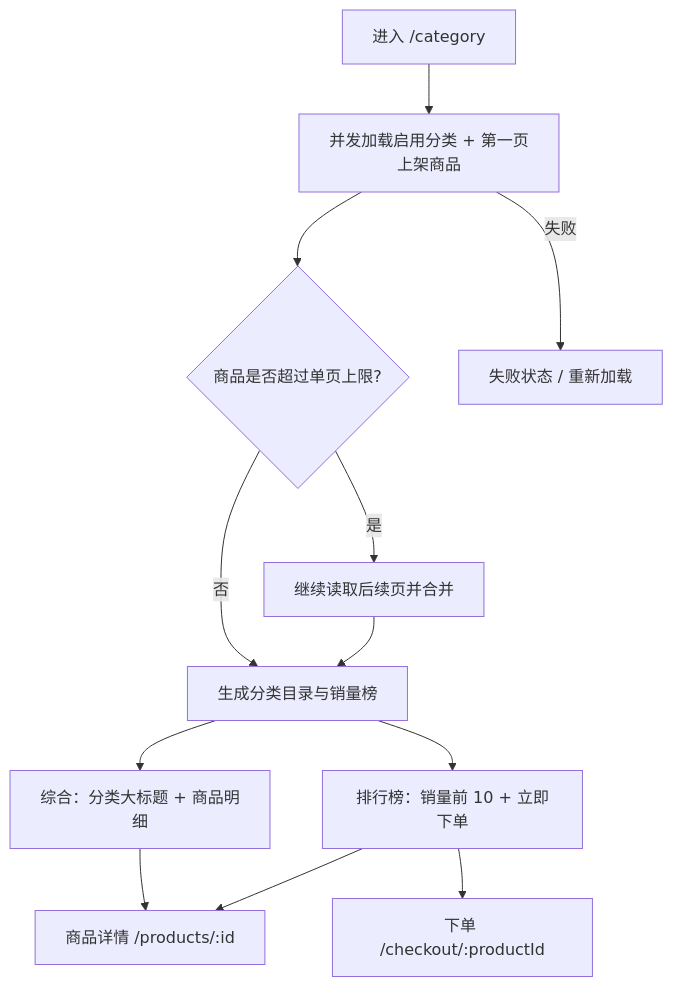
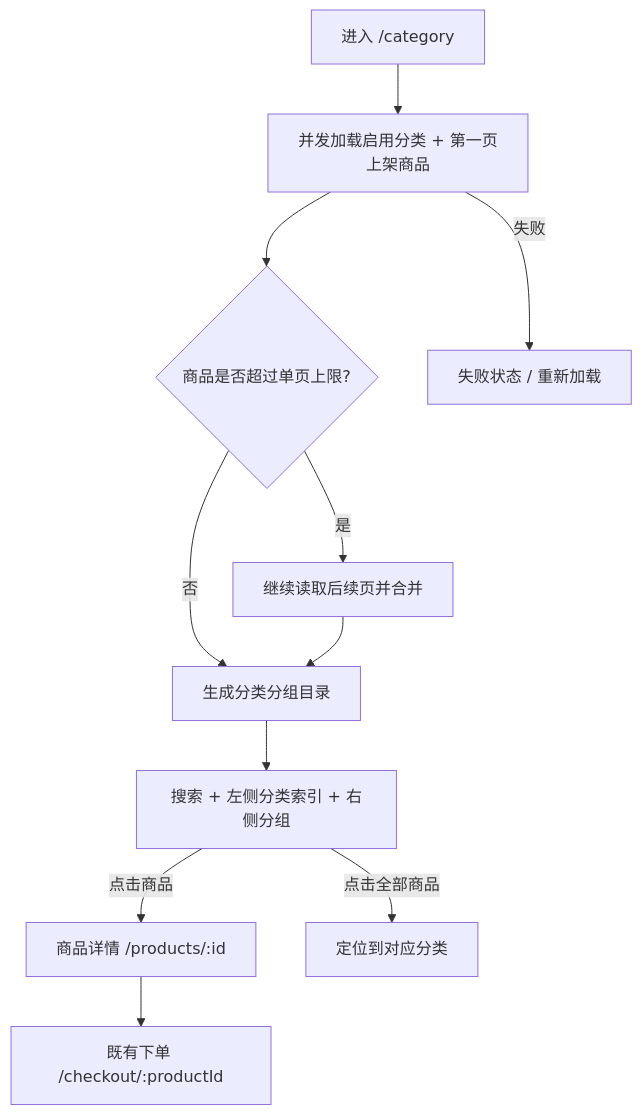
Before and after one commit to yiting001/E-sports-01: the third of 5 diagrams in docs/client.md, drawn with Mermaid. The commit also changed other lines of this file and 65 other files, not shown here.

````diff
--- a/docs/client.md
+++ b/docs/client.md
@@ -163,14 +170,13 @@
 ```mermaid
 flowchart TD
   Enter["进入 /category"] --> Load["并发加载启用分类 + 第一页上架商品"]
   Load --> More{"商品是否超过单页上限?"}
   More -->|是| Pages["继续读取后续页并合并"]
-  More -->|否| Ready["生成分类目录与销量榜"]
+  More -->|否| Ready["生成分类分组目录"]
   Pages --> Ready
   Load -->|失败| Retry["失败状态 / 重新加载"]
-  Ready --> General["综合：分类大标题 + 商品明细"]
-  Ready --> Rank["排行榜：销量前 10 + 立即下单"]
-  General --> Detail["商品详情 /products/:id"]
-  Rank --> Detail
-  Rank --> Checkout["下单 /checkout/:productId"]
+  Ready --> Directory["搜索 + 左侧分类索引 + 右侧分组"]
+  Directory -->|点击商品| Detail["商品详情 /products/:id"]
+  Directory -->|点击全部商品| Group["定位到对应分类"]
+  Detail --> Checkout["既有下单 /checkout/:productId"]
 ```
````
